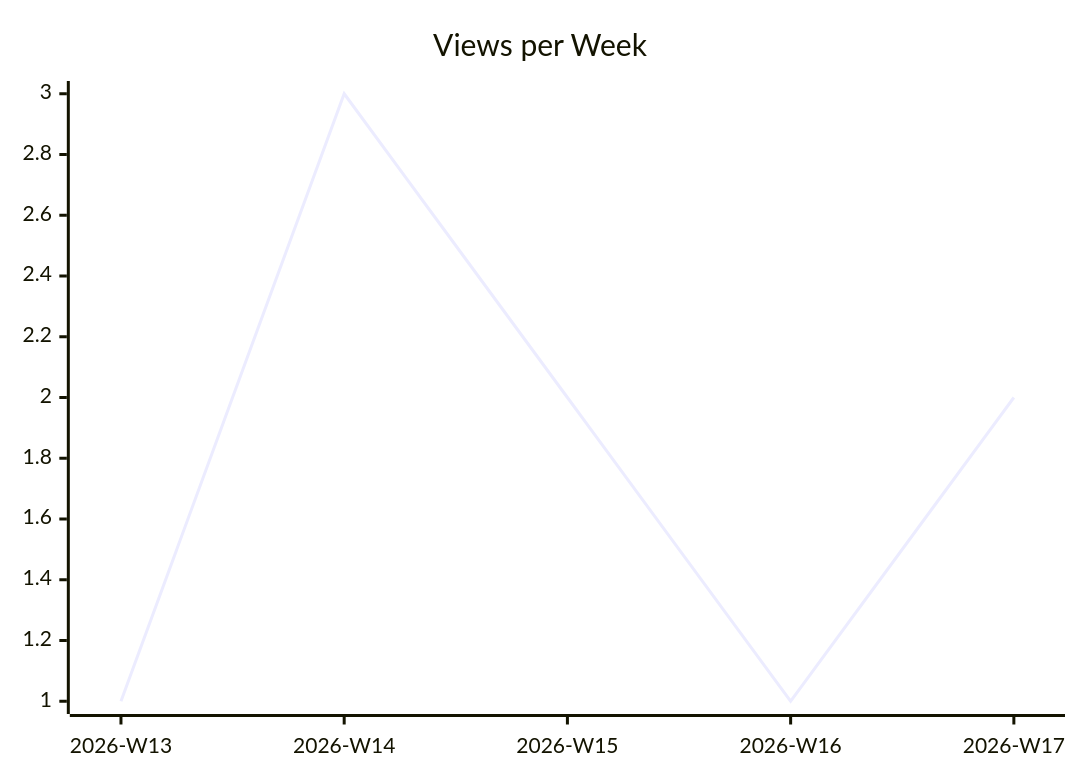
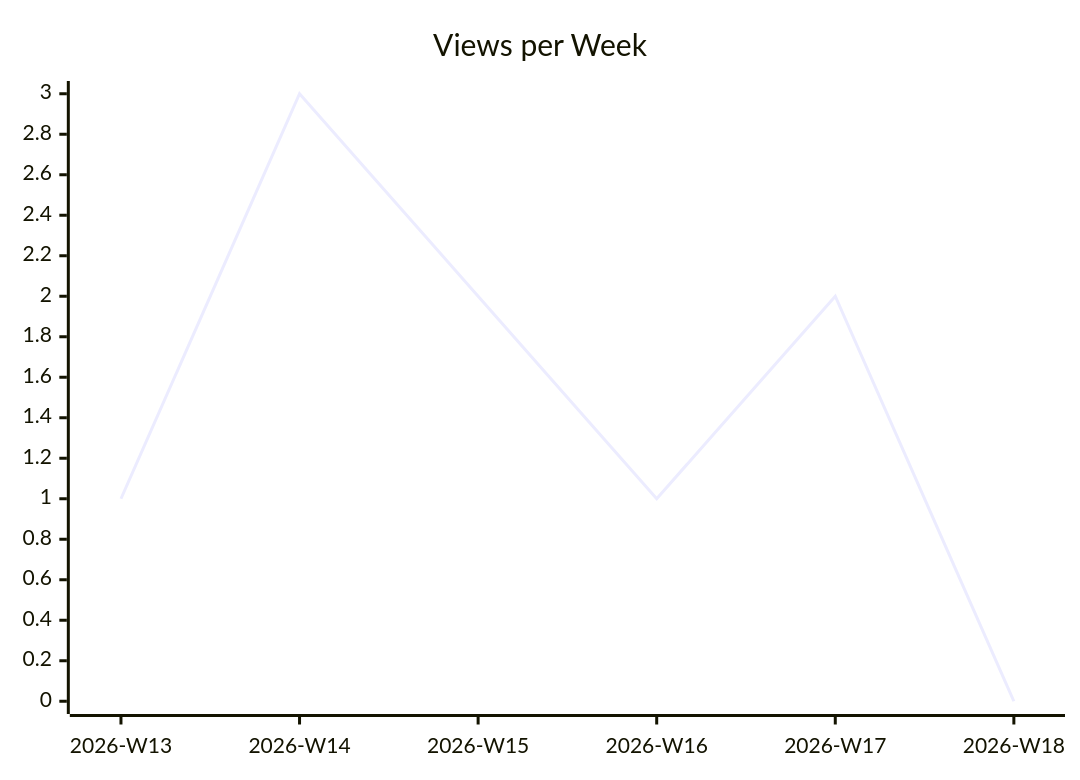
The second of 3 diagrams in karlmdavis/fhir-benchmarks/README.md (justdavis-family/github-analytics-data), drawn with Mermaid before and after one commit. The commit also changed other lines of this file and 184 other files, not shown here.

````diff
--- a/karlmdavis/fhir-benchmarks/README.md
+++ b/karlmdavis/fhir-benchmarks/README.md
@@ -12,6 +12,6 @@
 ```mermaid
 xychart-beta
   title "Views per Week"
-  x-axis ["2026-W13", "2026-W14", "2026-W15", "2026-W16", "2026-W17"]
-  line [1, 3, 2, 1, 2]
+  x-axis ["2026-W13", "2026-W14", "2026-W15", "2026-W16", "2026-W17", "2026-W18"]
+  line [1, 3, 2, 1, 2, 0]
 ```
````
